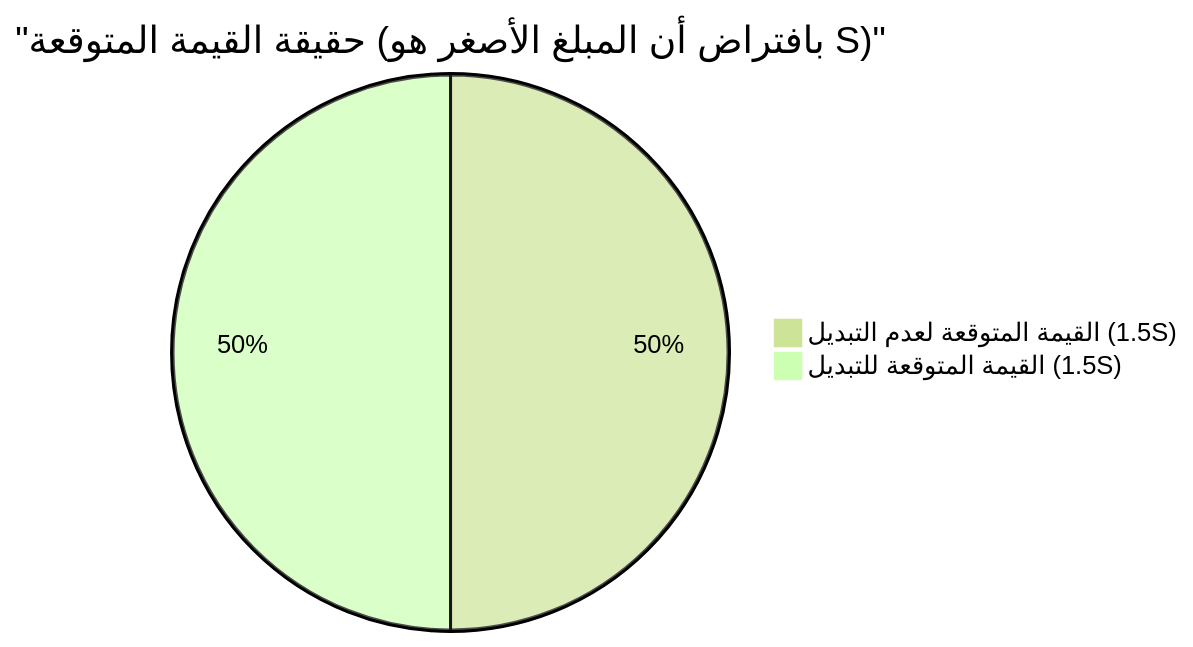
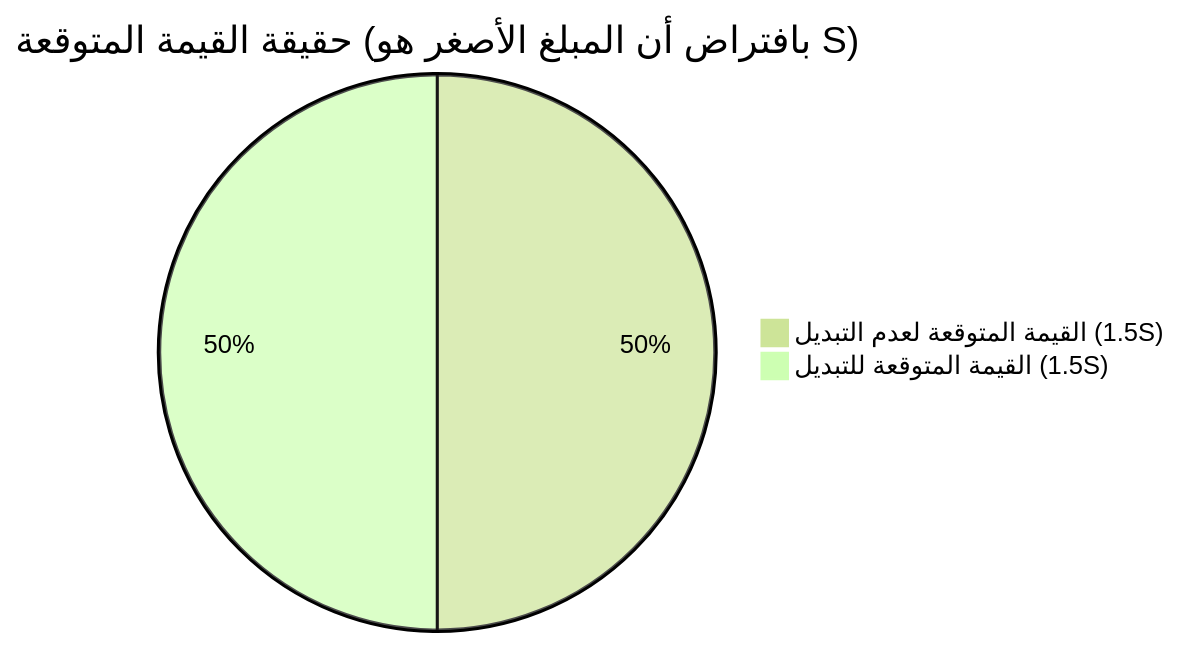
The second of 2 diagrams in content/post/2つの封筒のパラドックス/index.ar.md (kenjinote/blog), drawn with Mermaid (forest theme) before and after one commit. The commit also changed other lines of this file and 703 other files, not shown here.

Commit message:
Fix: Remove quotes from Mermaid link texts and timeline definitions to support Mermaid 11.4.1

````diff
--- a/content/post/2つの封筒のパラドックス/index.ar.md
+++ b/content/post/2つの封筒のパラドックス/index.ar.md
@@ -113,5 +113,5 @@
 ```mermaid
-pie title "حقيقة القيمة المتوقعة (بافتراض أن المبلغ الأصغر هو S)"
+pie title حقيقة القيمة المتوقعة (بافتراض أن المبلغ الأصغر هو S)
     "القيمة المتوقعة لعدم التبديل (1.5S)" : 50
     "القيمة المتوقعة للتبديل (1.5S)" : 50
 ```
````
